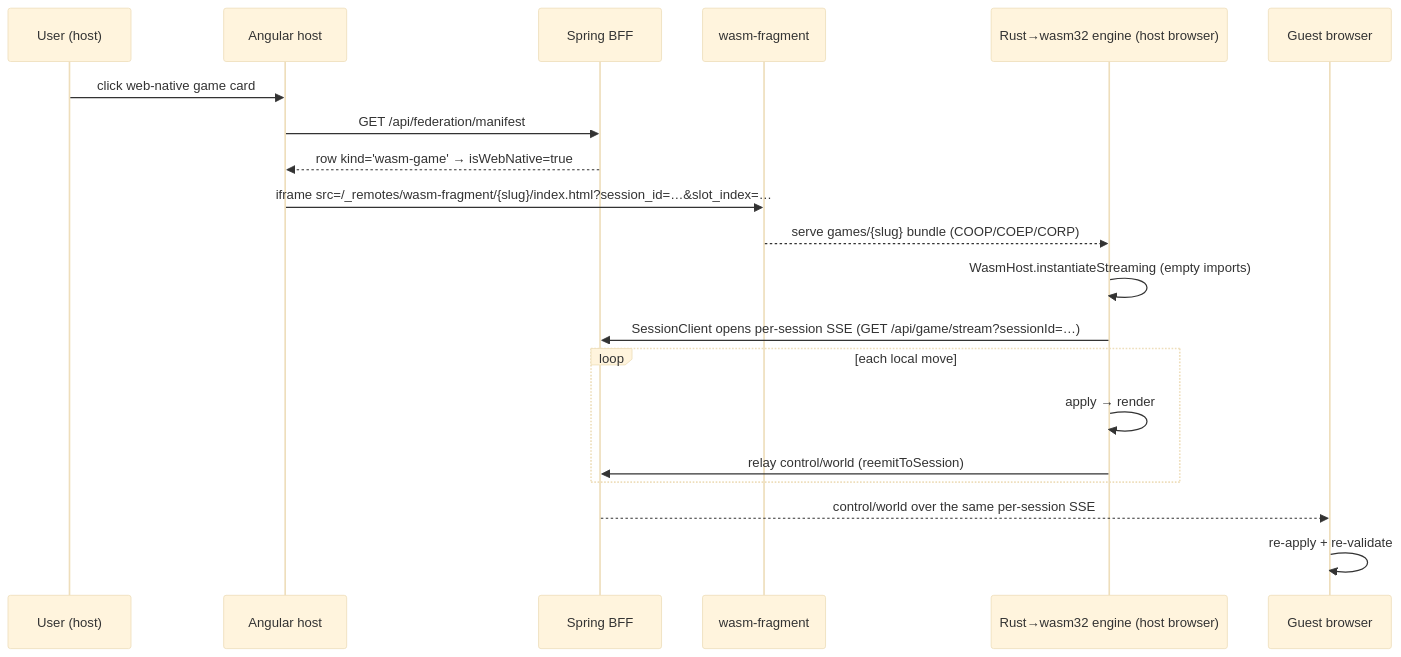
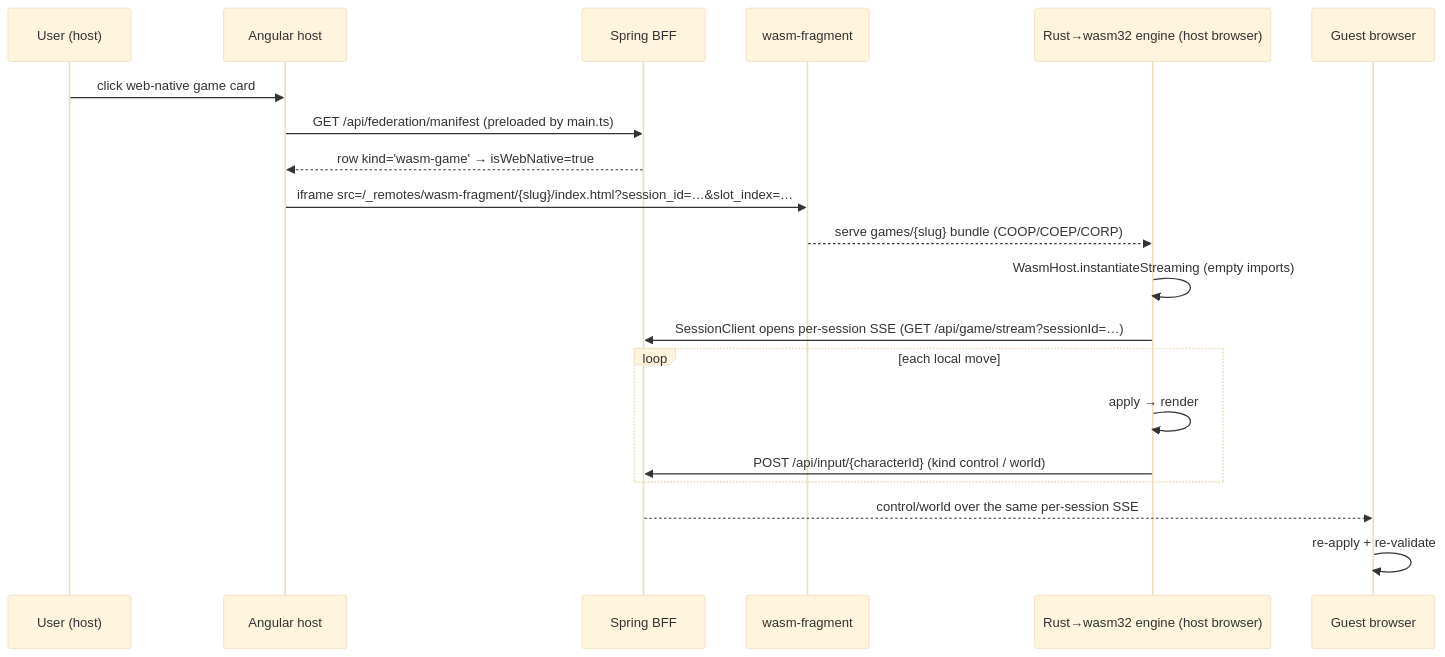
The third of 4 diagrams in docs/wiki/architecture/02-runtime.md (hugmesh/hugmesh-games), drawn with Mermaid (base theme) before and after one commit. The commit also changed other lines of this file, not shown here.

Commit message:
docs(architecture): 02 runtime: fix launch response, remotes table, relay path and SSE details

````diff
--- a/docs/wiki/architecture/02-runtime.md
+++ b/docs/wiki/architecture/02-runtime.md
@@ -94,22 +94,22 @@
 ```mermaid
 sequenceDiagram
     participant U as User (host)
     participant Host as Angular host
     participant BFF as Spring BFF
     participant WF as wasm-fragment
     participant Engine as Rust→wasm32 engine (host browser)
     participant Guest as Guest browser
     U->>Host: click web-native game card
-    Host->>BFF: GET /api/federation/manifest
+    Host->>BFF: GET /api/federation/manifest (preloaded by main.ts)
     BFF-->>Host: row kind='wasm-game' → isWebNative=true
     Host->>WF: iframe src=/_remotes/wasm-fragment/{slug}/index.html?session_id=…&slot_index=…
     WF-->>Engine: serve games/{slug} bundle (COOP/COEP/CORP)
     Engine->>Engine: WasmHost.instantiateStreaming (empty imports)
     Engine->>BFF: SessionClient opens per-session SSE (GET /api/game/stream?sessionId=…)
     loop each local move
         Engine->>Engine: apply → render
-        Engine->>BFF: relay control/world (reemitToSession)
+        Engine->>BFF: POST /api/input/{characterId} (kind control / world)
     end
     BFF-->>Guest: control/world over the same per-session SSE
     Guest->>Guest: re-apply + re-validate
 ```
````
